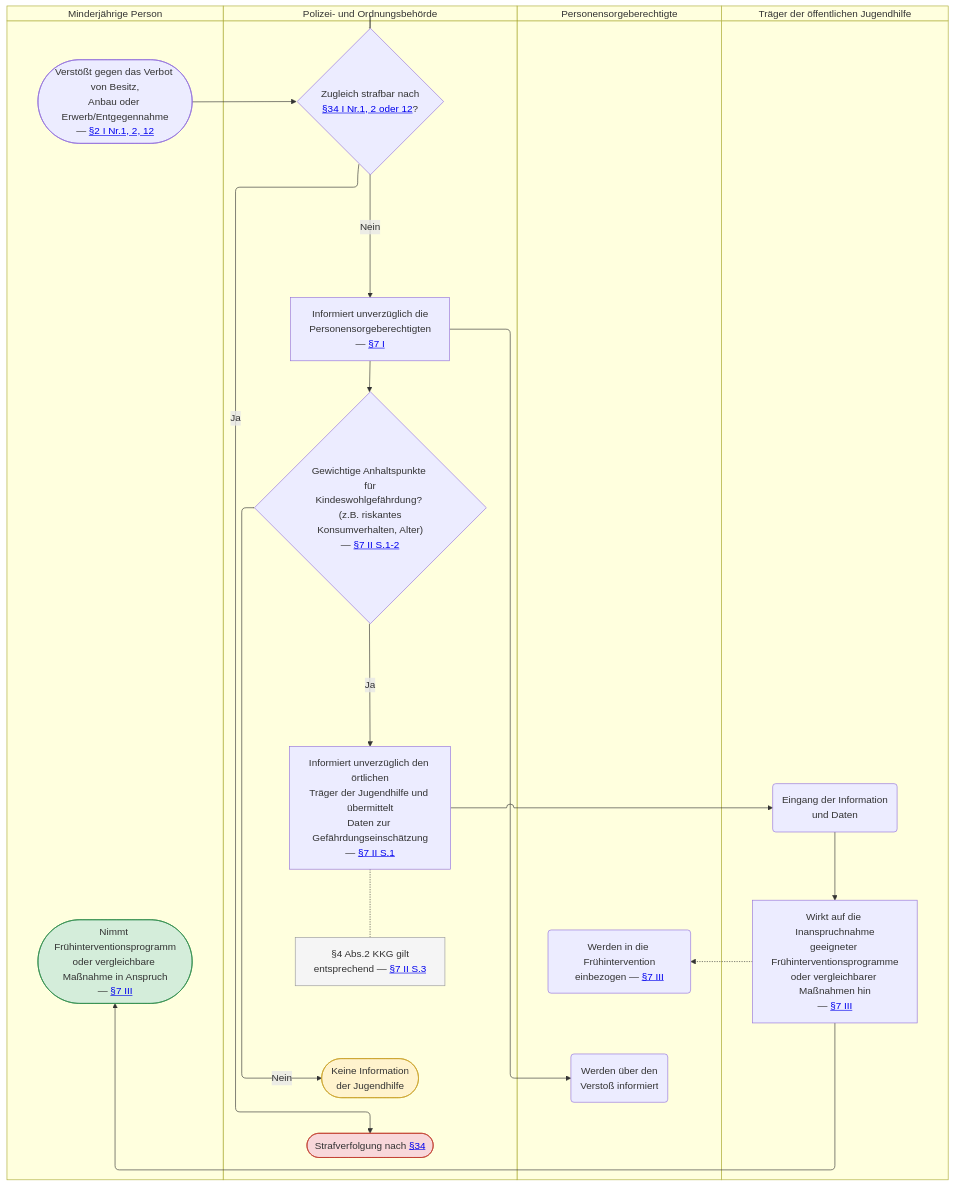
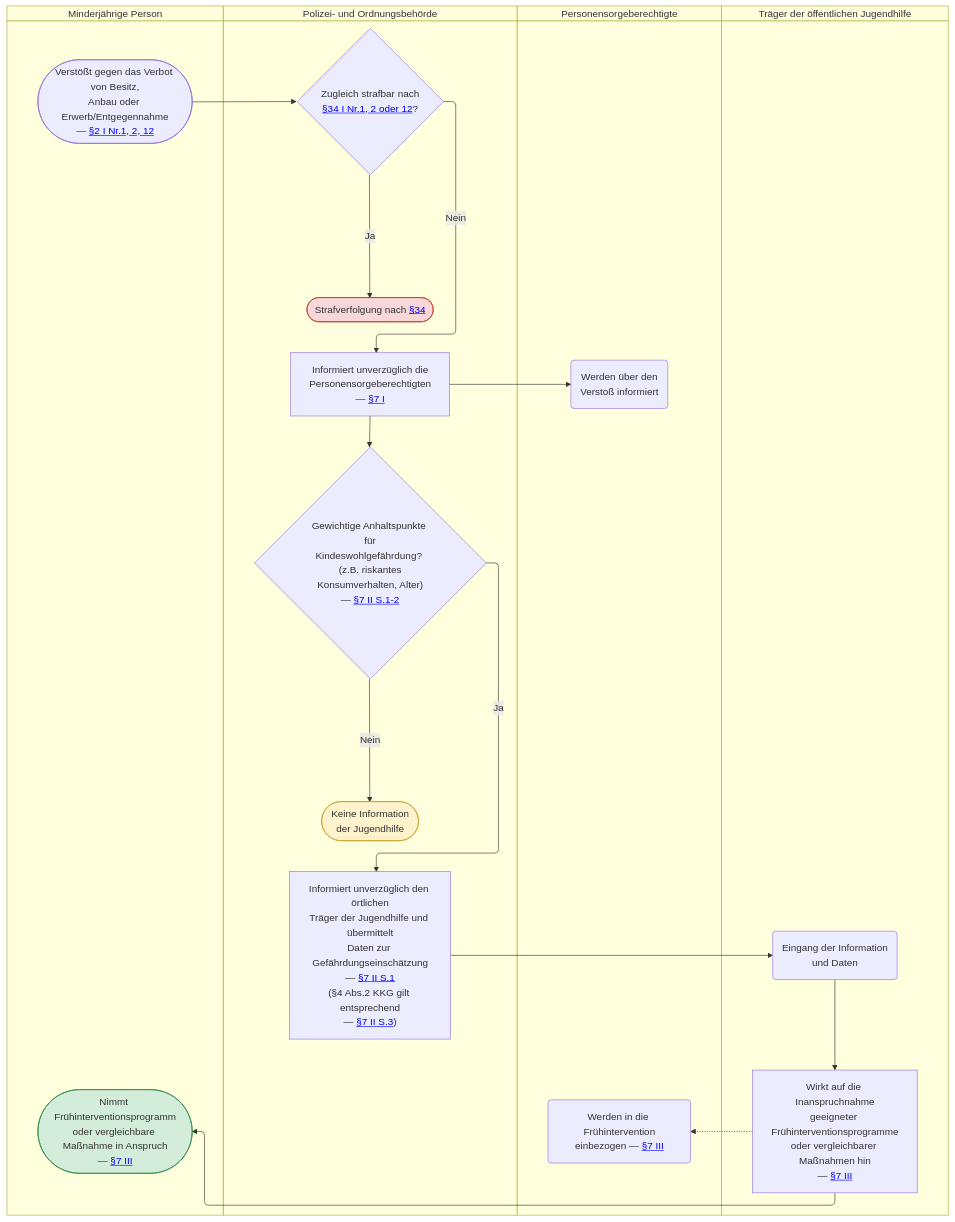
One commit to digitalservicebund/zfl-website changed the diagram in src/content/ki-visualisierungen/KCanG/fruehintervention.mmd. Above: the diagram before and after it, drawn with Mermaid. The commit also changed 11 other files, not shown here.

```diff
--- a/src/content/ki-visualisierungen/KCanG/fruehintervention.mmd
+++ b/src/content/ki-visualisierungen/KCanG/fruehintervention.mmd
@@ -1,46 +1,46 @@
 ---
 summary: "Zeigt die Frühintervention nach dem KCanG, wenn eine minderjährige Person mit Cannabis angetroffen wird: Die Polizei- oder Ordnungsbehörde informiert die Personensorgeberechtigten und, wenn das Kindeswohl gefährdet sein könnte, das Jugendamt, das auf die Teilnahme an einem Frühinterventionsprogramm hinwirkt."
 ---
 swimlane-beta TD
     subgraph MJ["Minderjährige Person"]
         start(["Verstößt gegen das Verbot von Besitz,<br/>Anbau oder Erwerb/Entgegennahme<br/>— <a href='{{ELI}}#art-z2_abs-z1' target='_blank' rel='noopener'>§2 I Nr.1, 2, 12</a>"])
         programm(["Nimmt Frühinterventionsprogramm<br/>oder vergleichbare Maßnahme in Anspruch<br/>— <a href='{{ELI}}#art-z7_abs-z3' target='_blank' rel='noopener'>§7 III</a>"])
     end
 
     subgraph POL["Polizei- und Ordnungsbehörde"]
         strafbar{"Zugleich strafbar nach<br/><a href='{{ELI}}#art-z34_abs-z1' target='_blank' rel='noopener'>§34 I Nr.1, 2 oder 12</a>?"}
         strafverfolgung(["Strafverfolgung nach <a href='{{ELI}}#art-z34_abs-z1' target='_blank' rel='noopener'>§34</a>"])
         infoPSB["Informiert unverzüglich die<br/>Personensorgeberechtigten<br/>— <a href='{{ELI}}#art-z7_abs-z1' target='_blank' rel='noopener'>§7 I</a>"]
         gefaehrdung{"Gewichtige Anhaltspunkte für<br/>Kindeswohlgefährdung? (z.B. riskantes<br/>Konsumverhalten, Alter)<br/>— <a href='{{ELI}}#art-z7_abs-z2' target='_blank' rel='noopener'>§7 II S.1-2</a>"}
         keineWeitere(["Keine Information<br/>der Jugendhilfe"])
-        infoJH["Informiert unverzüglich den örtlichen<br/>Träger der Jugendhilfe und übermittelt<br/>Daten zur Gefährdungseinschätzung<br/>— <a href='{{ELI}}#art-z7_abs-z2' target='_blank' rel='noopener'>§7 II S.1</a>"]
-        hinweisKKG["§4 Abs.2 KKG gilt<br/>entsprechend — <a href='{{ELI}}#art-z7_abs-z2' target='_blank' rel='noopener'>§7 II S.3</a>"]
+        infoJH["Informiert unverzüglich den örtlichen<br/>Träger der Jugendhilfe und übermittelt<br/>Daten zur Gefährdungseinschätzung<br/>— <a href='{{ELI}}#art-z7_abs-z2' target='_blank' rel='noopener'>§7 II S.1</a><br/>(§4 Abs.2 KKG gilt entsprechend<br/>— <a href='{{ELI}}#art-z7_abs-z2' target='_blank' rel='noopener'>§7 II S.3</a>)"]
     end
 
     subgraph PSB["Personensorgeberechtigte"]
         informiert("Werden über den<br/>Verstoß informiert")
         einbezogen("Werden in die Frühintervention<br/>einbezogen — <a href='{{ELI}}#art-z7_abs-z3' target='_blank' rel='noopener'>§7 III</a>")
     end
 
     subgraph JH["Träger der öffentlichen Jugendhilfe"]
         eingang("Eingang der Information<br/>und Daten")
         hinwirken["Wirkt auf die Inanspruchnahme<br/>geeigneter Frühinterventionsprogramme<br/>oder vergleichbarer Maßnahmen hin<br/>— <a href='{{ELI}}#art-z7_abs-z3' target='_blank' rel='noopener'>§7 III</a>"]
     end
 
     start --> strafbar
     strafbar -->|Ja| strafverfolgung
     strafbar -->|Nein| infoPSB
     infoPSB --> informiert
     infoPSB --> gefaehrdung
     gefaehrdung -->|Nein| keineWeitere
     gefaehrdung -->|Ja| infoJH
-    infoJH -.- hinweisKKG
     infoJH --> eingang
     eingang --> hinwirken
     hinwirken -.-> einbezogen
     hinwirken --> programm
+    strafverfolgung ~~~ infoPSB
+    informiert ~~~ gefaehrdung
+    keineWeitere ~~~ infoJH
 
     style programm fill:#d4edda,stroke:#2d8a4a
     style strafverfolgung fill:#f8d7da,stroke:#c0392b
     style keineWeitere fill:#fff3cd,stroke:#c9a227
-    style hinweisKKG fill:#f5f5f5,stroke:#999
```
